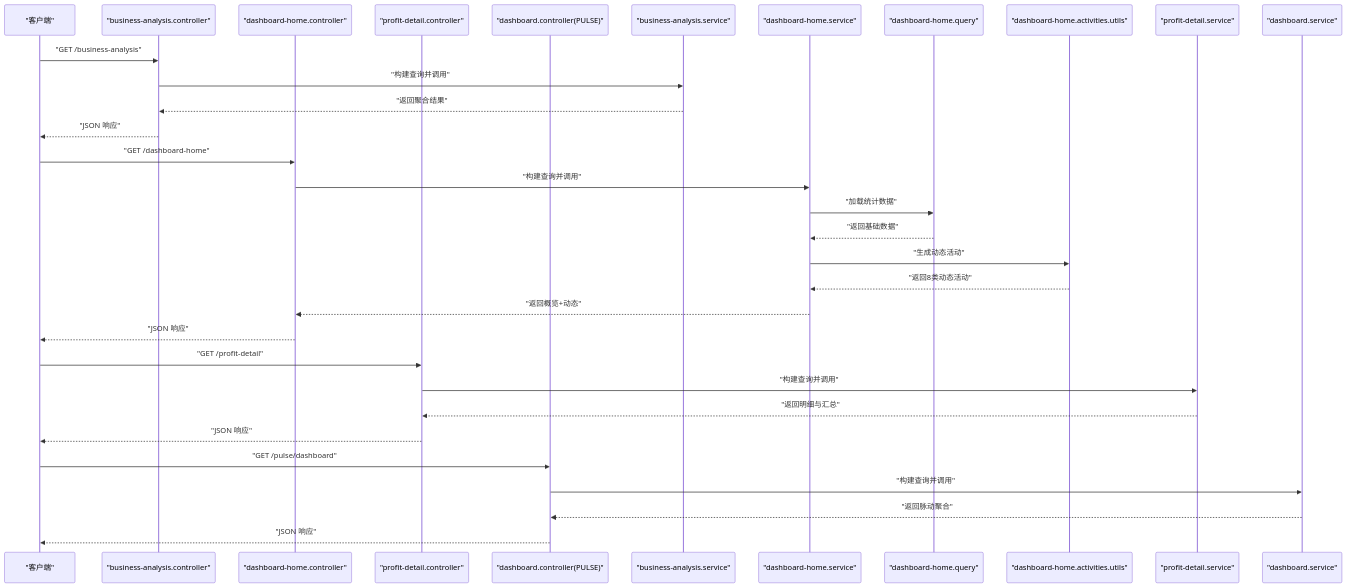
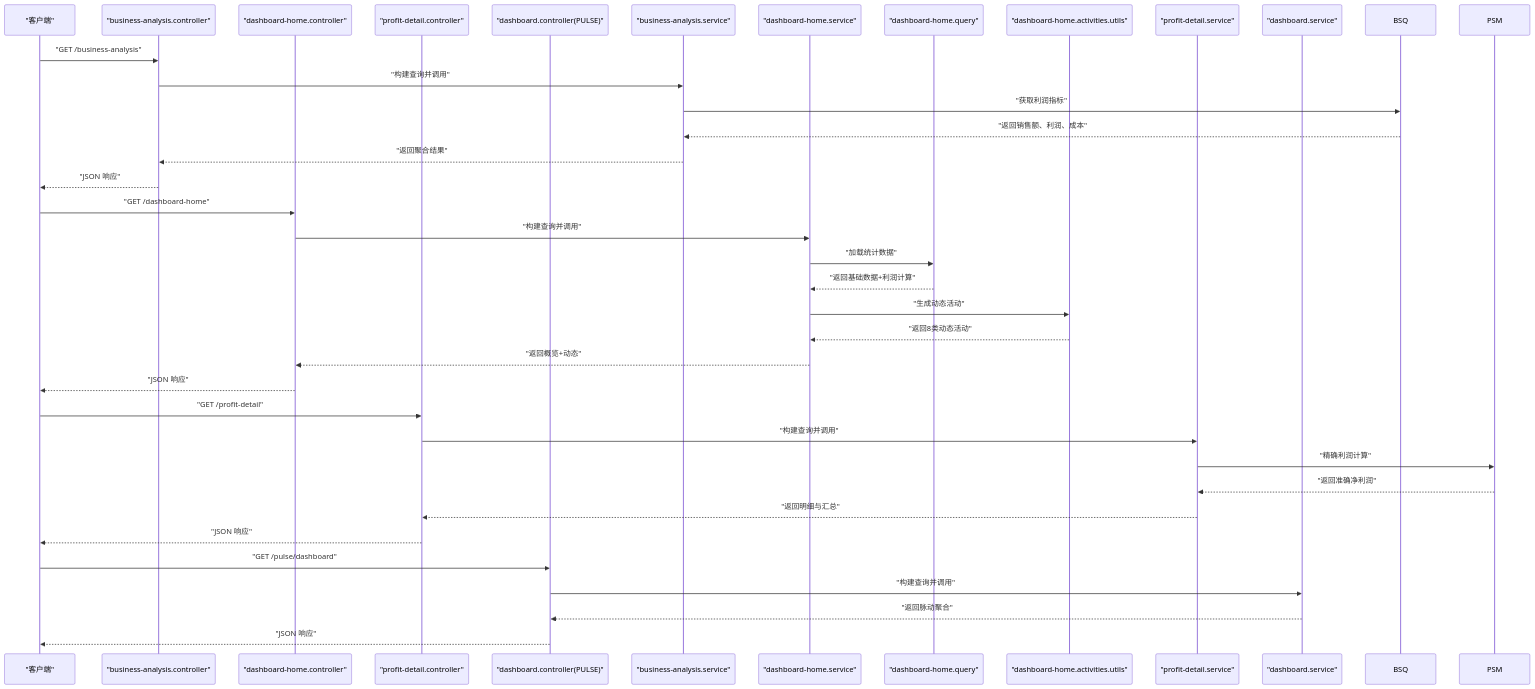
One commit to rc558620/purelyprofit-server changed the second of 7 diagrams in .qoder/repowiki/zh/content/API 接口文档/仪表板分析接口.md. Above: the diagram before and after it, drawn with Mermaid. The commit also changed other lines of this file and 68 other files, not shown here.

````diff
--- a/.qoder/repowiki/zh/content/API 接口文档/仪表板分析接口.md
+++ b/.qoder/repowiki/zh/content/API 接口文档/仪表板分析接口.md
@@ -122,34 +132,38 @@
 ```mermaid
 sequenceDiagram
 participant C as "客户端"
 participant BC as "business-analysis.controller"
 participant DC as "dashboard-home.controller"
 participant PC as "profit-detail.controller"
 participant PCU as "dashboard.controller(PULSE)"
 participant BS as "business-analysis.service"
 participant DS as "dashboard-home.service"
 participant DSQ as "dashboard-home.query"
 participant DSU as "dashboard-home.activities.utils"
 participant PS as "profit-detail.service"
 participant PSS as "dashboard.service"
 C->>BC : "GET /business-analysis"
 BC->>BS : "构建查询并调用"
+BS->>BSQ : "获取利润指标"
+BSQ-->>BS : "返回销售额、利润、成本"
 BS-->>BC : "返回聚合结果"
 BC-->>C : "JSON 响应"
 C->>DC : "GET /dashboard-home"
 DC->>DS : "构建查询并调用"
 DS->>DSQ : "加载统计数据"
-DSQ-->>DS : "返回基础数据"
+DSQ-->>DS : "返回基础数据+利润计算"
 DS->>DSU : "生成动态活动"
 DSU-->>DS : "返回8类动态活动"
 DS-->>DC : "返回概览+动态"
 DC-->>C : "JSON 响应"
 C->>PC : "GET /profit-detail"
 PC->>PS : "构建查询并调用"
+PS->>PSM : "精确利润计算"
+PSM-->>PS : "返回准确净利润"
 PS-->>PC : "返回明细与汇总"
 PC-->>C : "JSON 响应"
 C->>PCU : "GET /pulse/dashboard"
 PCU->>PSS : "构建查询并调用"
 PSS-->>PCU : "返回脉动聚合"
 PCU-->>C : "JSON 响应"
 ```
````
